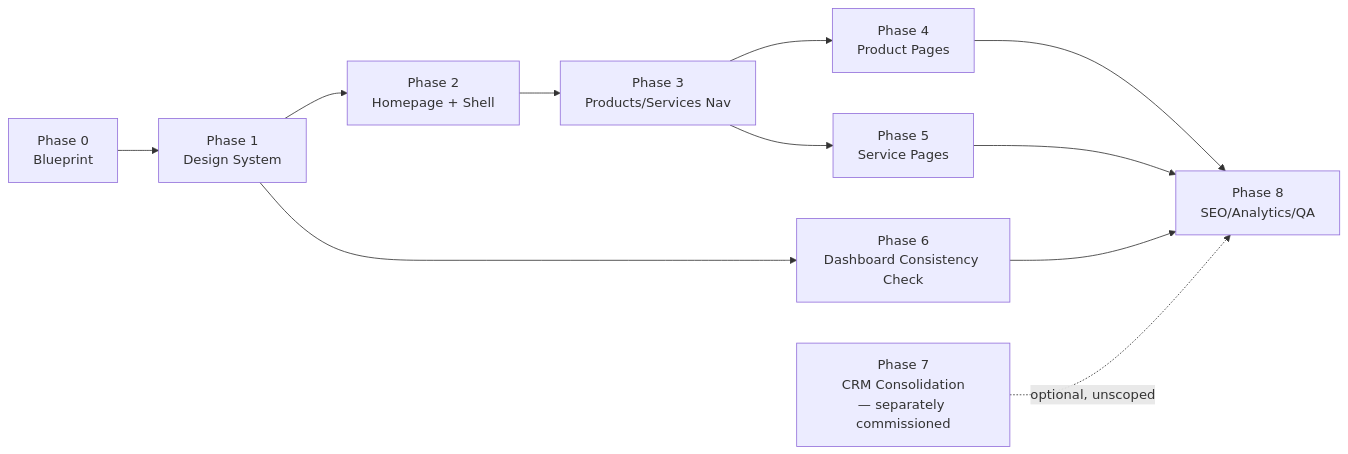
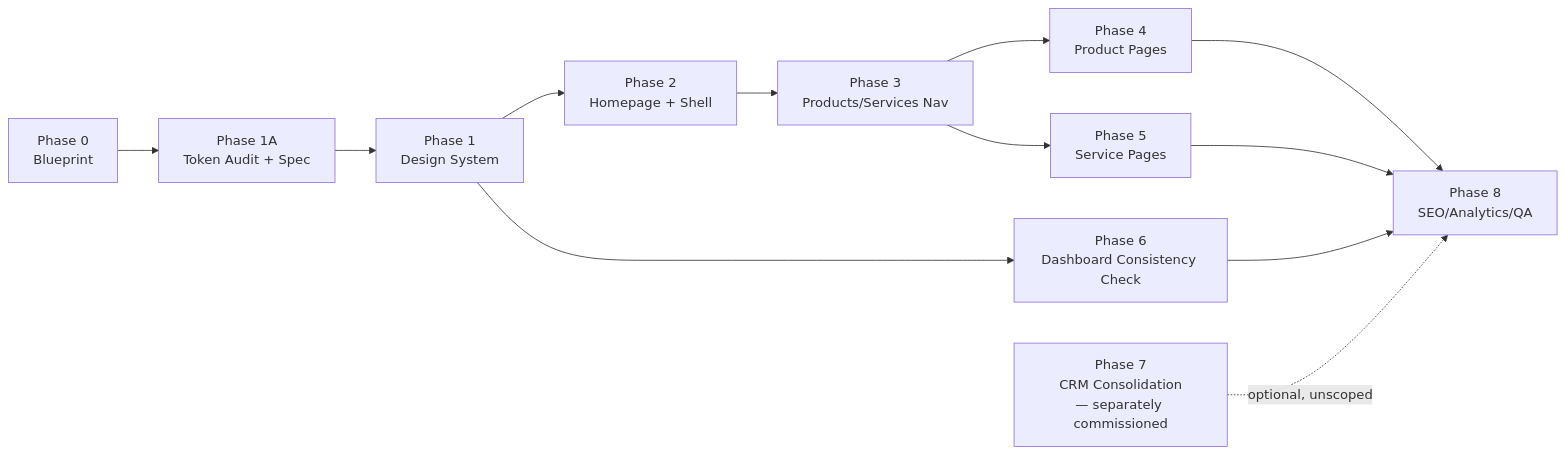
The diagram in docs/sitemint-platform/IMPLEMENTATION_ROADMAP.md (claidyklaydetaguran-dev/SiteMint-Digital), drawn with Mermaid before and after one commit. The commit also changed other lines of this file and 4 other files, not shown here.

````diff
--- a/docs/sitemint-platform/IMPLEMENTATION_ROADMAP.md
+++ b/docs/sitemint-platform/IMPLEMENTATION_ROADMAP.md
@@ -227,13 +292,14 @@
 ```mermaid
 graph LR
-  P0[Phase 0<br/>Blueprint] --> P1[Phase 1<br/>Design System]
+  P0[Phase 0<br/>Blueprint] --> P1A[Phase 1A<br/>Token Audit + Spec]
+  P1A --> P1[Phase 1<br/>Design System]
   P1 --> P2[Phase 2<br/>Homepage + Shell]
   P2 --> P3[Phase 3<br/>Products/Services Nav]
   P3 --> P4[Phase 4<br/>Product Pages]
   P3 --> P5[Phase 5<br/>Service Pages]
   P1 --> P6[Phase 6<br/>Dashboard Consistency Check]
   P4 --> P8[Phase 8<br/>SEO/Analytics/QA]
   P5 --> P8
   P6 --> P8
   P7[Phase 7<br/>CRM Consolidation<br/>— separately commissioned] -.optional, unscoped.-> P8
 ```
````
